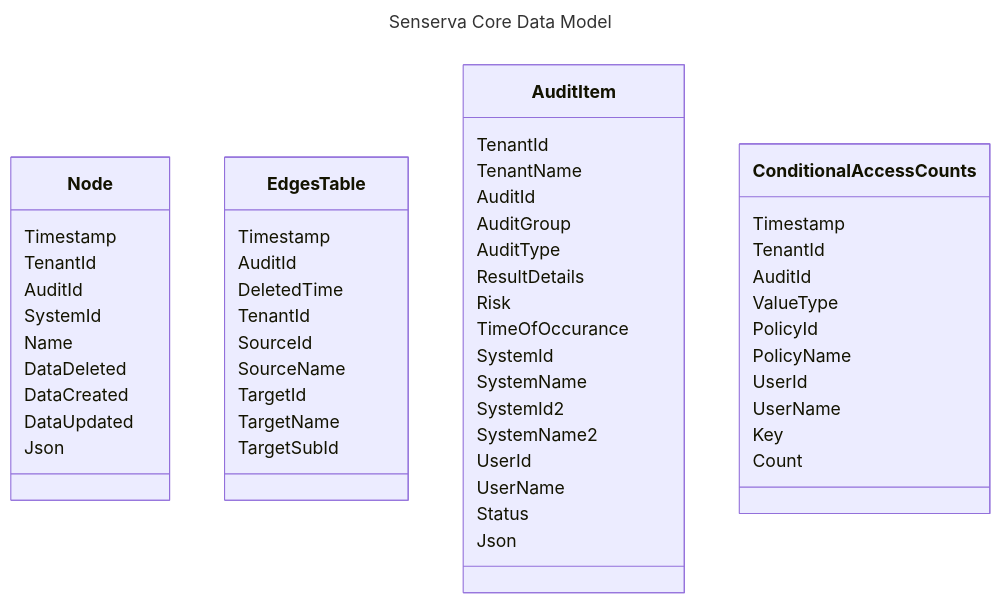
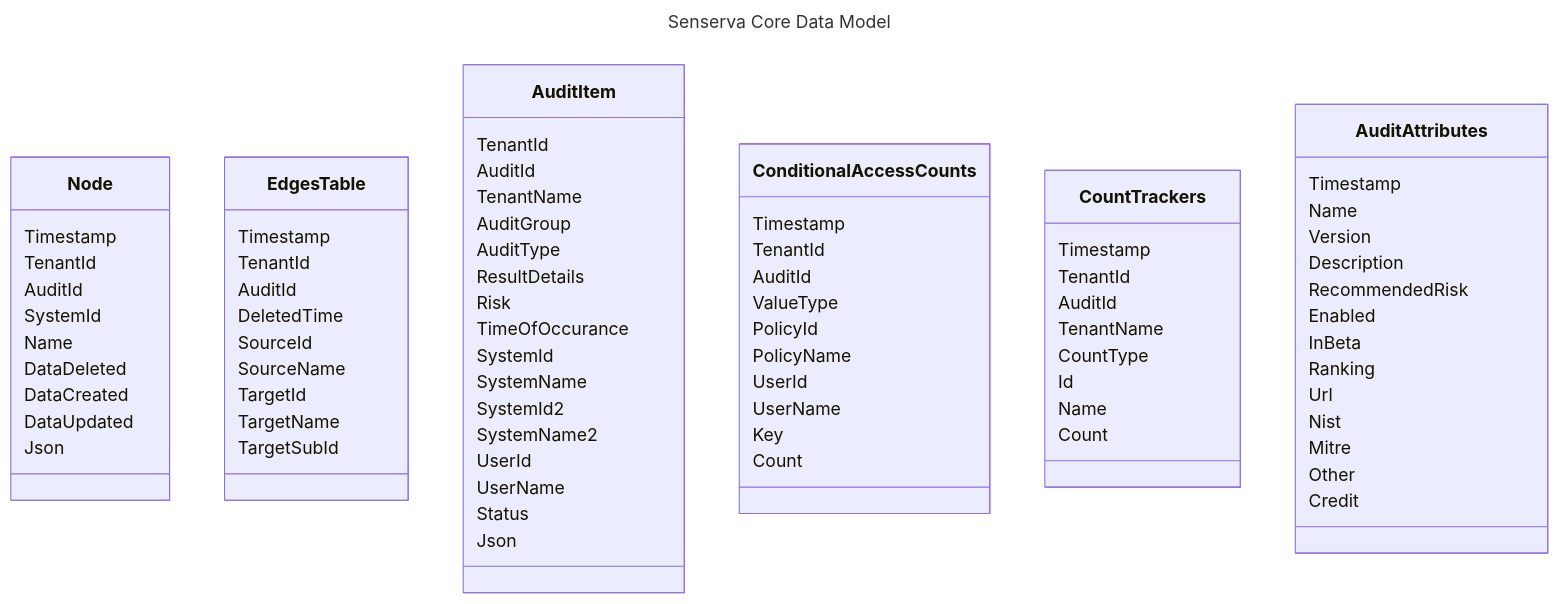
The second of 2 diagrams in README.md (Senserva-LLC/Senserva-Inquisitor), drawn with Mermaid before and after one commit.

````diff
--- a/README.md
+++ b/README.md
@@ -121,9 +121,9 @@
 
    class EdgesTable {
          Timestamp
+         TenantId
          AuditId
          DeletedTime
-         TenantId
          SourceId
          SourceName
          TargetId
@@ -133,8 +133,8 @@
 
   class AuditItem{
   TenantId
+  AuditId
   TenantName
-  AuditId
   AuditGroup
   AuditType
   ResultDetails
@@ -161,7 +161,34 @@
          UserName
          Key
          Count
-  }
-   
+    }
+
+class CountTrackers {
+                        Timestamp 
+                        TenantId
+                        AuditId
+                        TenantName
+                        CountType
+                        Id
+                        Name
+                        Count
+                   }
+
+  class AuditAttributes {
+                        Timestamp
+                        Name
+                        Version
+                        Description
+                        RecommendedRisk
+                        Enabled
+                        InBeta
+                        Ranking
+                        Url
+                        Nist
+                        Mitre
+                        Other
+                        Credit
+                        }
+      
 
 ```
````
